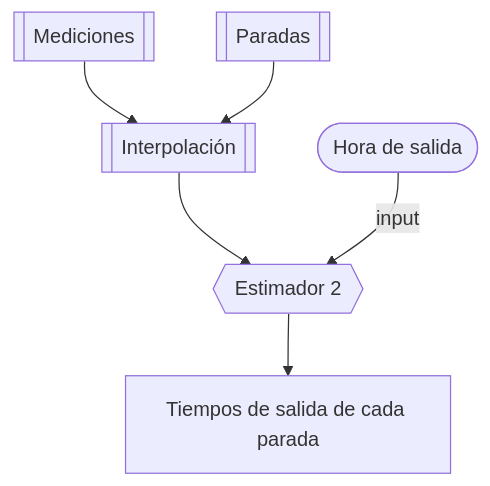
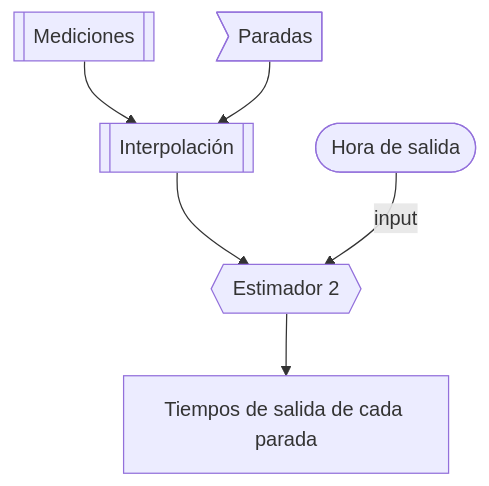
One commit to fabianabarca/editor-legacy changed the second of 4 diagrams in README.md. Above: the diagram before and after it, drawn with Mermaid. The commit also changed other lines of this file, not shown here.

````diff
--- a/README.md
+++ b/README.md
@@ -41,7 +48,7 @@
 ```mermaid
 flowchart TD
-  A[[Mediciones]] & B[[Paradas]] --> C[[Interpolación]] 
+  A[[Mediciones]] & B>Paradas] --> C[[Interpolación]] 
   C --> E{{Estimador 2}}
   D([Hora de salida]) -- input --> E
   E --> F[Tiempos de salida de cada parada]
 ```
````
